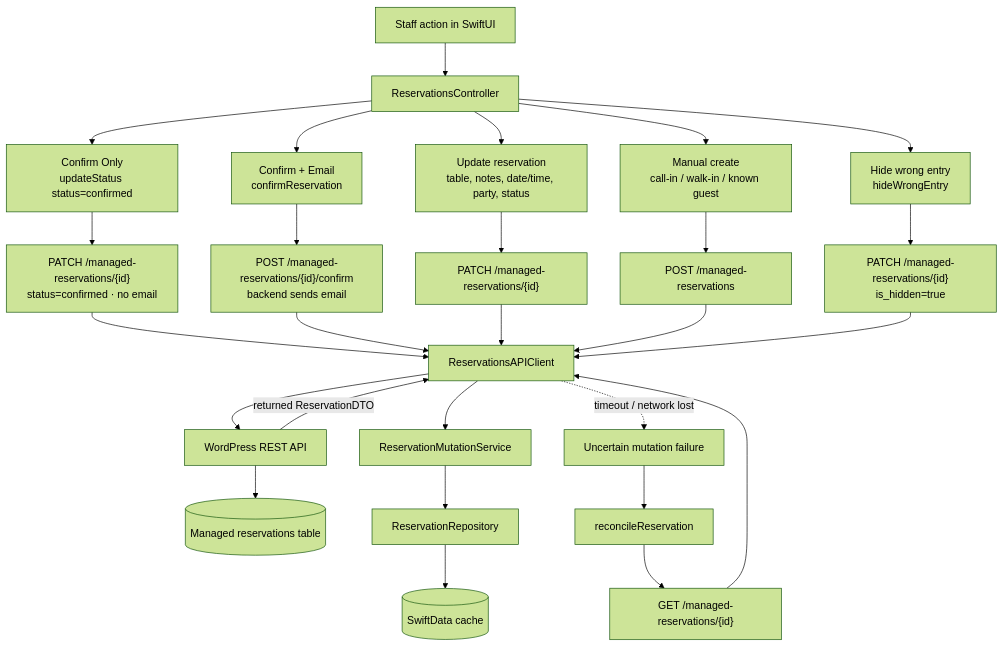
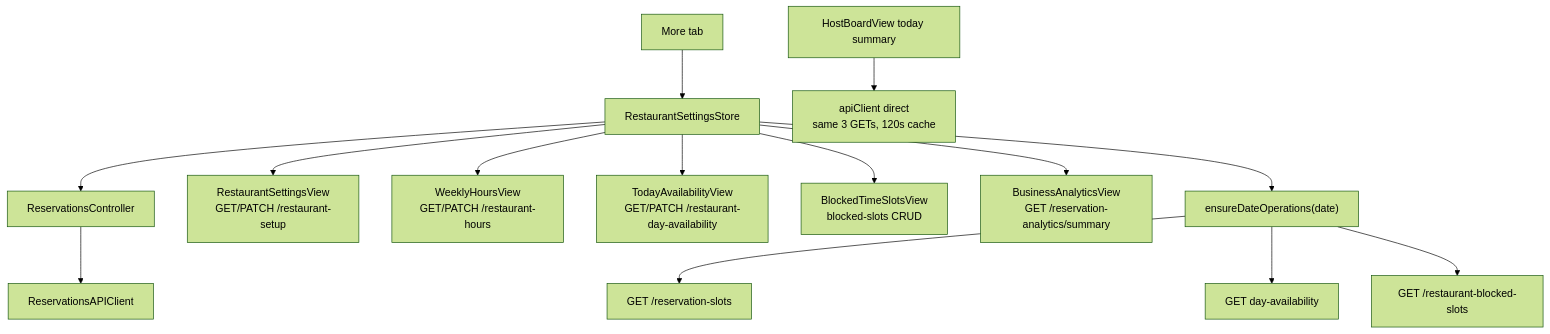
The seventh of 11 diagrams in ARCHITECTURE_DIAGRAMS.md (bohdan462/Reservation-iOS-App), drawn with Mermaid (forest theme) before and after one commit. The commit also changed other lines of this file and 17 other files, not shown here.

````diff
--- a/ARCHITECTURE_DIAGRAMS.md
+++ b/ARCHITECTURE_DIAGRAMS.md
@@ -138,37 +289,19 @@
 ```mermaid
 flowchart TD
-    Staff["Staff action in SwiftUI"] --> Controller["ReservationsController"]
+    More["More tab"] --> RS["RestaurantSettingsStore"]
+    RS --> Ctrl["ReservationsController"]
+    Ctrl --> API["ReservationsAPIClient"]
 
-    Controller --> ConfirmOnly["Confirm Only<br/>updateStatus status=confirmed"]
-    ConfirmOnly --> PatchConfirm["PATCH /managed-reservations/{id}<br/>status=confirmed · no email"]
+    RS --> Setup["RestaurantSettingsView<br/>GET/PATCH /restaurant-setup"]
+    RS --> Hours["WeeklyHoursView<br/>GET/PATCH /restaurant-hours"]
+    RS --> Day["TodayAvailabilityView<br/>GET/PATCH /restaurant-day-availability"]
+    RS --> Blocked["BlockedTimeSlotsView<br/>blocked-slots CRUD"]
+    RS --> Analytics["BusinessAnalyticsView<br/>GET /reservation-analytics/summary"]
 
-    Controller --> ConfirmEmail["Confirm + Email<br/>confirmReservation"]
-    ConfirmEmail --> PostConfirm["POST /managed-reservations/{id}/confirm<br/>backend sends email"]
+    RS --> EDO["ensureDateOperations(date)"]
+    EDO --> Slots["GET /reservation-slots"]
+    EDO --> Avail["GET day-availability"]
+    EDO --> BlockedGET["GET /restaurant-blocked-slots"]
 
-    Controller --> Update["Update reservation<br/>table, notes, date/time, party, status"]
-    Update --> PatchUpdate["PATCH /managed-reservations/{id}"]
-
-    Controller --> Create["Manual create<br/>call-in / walk-in / known guest"]
-    Create --> PostCreate["POST /managed-reservations"]
-
-    Controller --> Hide["Hide wrong entry<br/>hideWrongEntry"]
-    Hide --> PatchHide["PATCH /managed-reservations/{id}<br/>is_hidden=true"]
-
-    PatchConfirm --> API["ReservationsAPIClient"]
-    PostConfirm --> API
-    PatchUpdate --> API
-    PostCreate --> API
-    PatchHide --> API
-
-    API --> WP["WordPress REST API"]
-    WP --> Managed[("Managed reservations table")]
-    WP -- "returned ReservationDTO" --> API
-    API --> Service["ReservationMutationService"]
-    Service --> Repo["ReservationRepository"]
-    Repo --> Cache[("SwiftData cache")]
-
-    API -. "timeout / network lost" .-> Uncertain["Uncertain mutation failure"]
-    Uncertain --> Reconcile["reconcileReservation"]
-    Reconcile --> GetOne["GET /managed-reservations/{id}"]
-    GetOne --> API
+    Home["HostBoardView today summary"] --> API2["apiClient direct<br/>same 3 GETs, 120s cache"]
 ```
````
